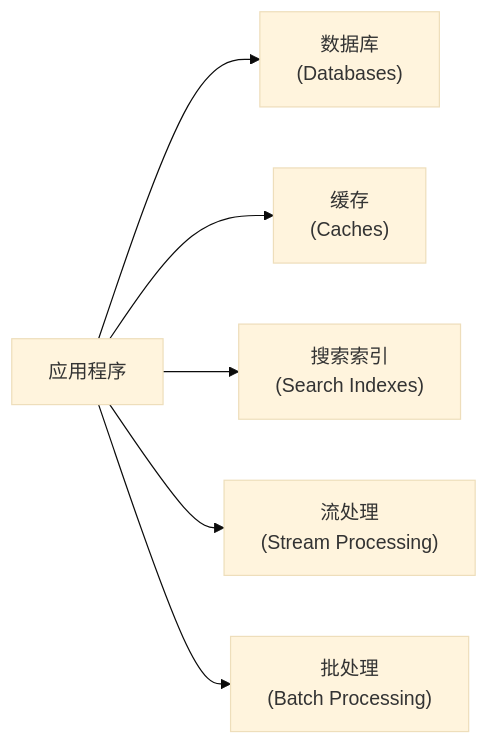
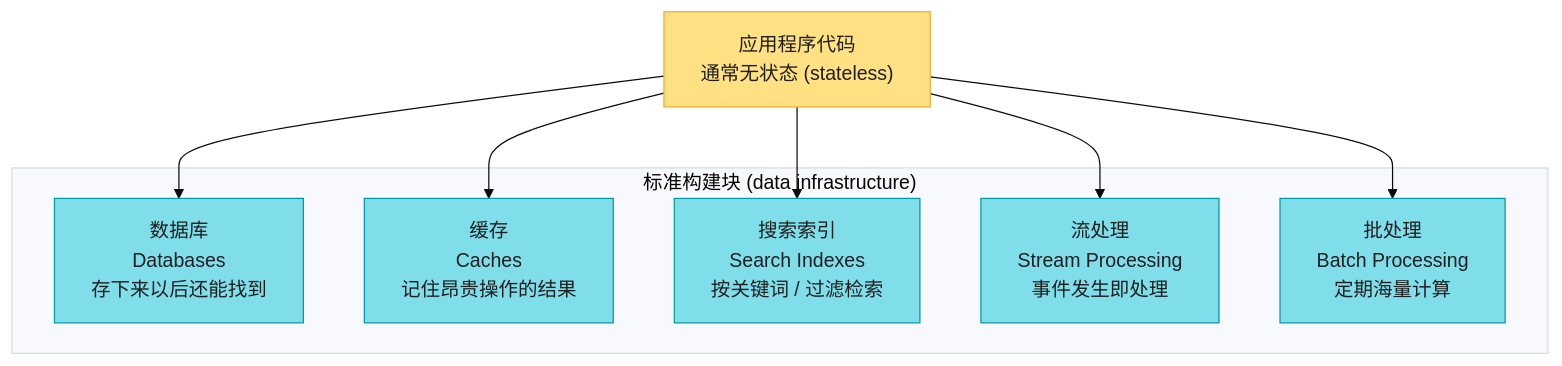
The second of 14 diagrams in ch01-数据系统架构的权衡取舍.md (socoo123/ddia_2nd), drawn with Mermaid (base theme) before and after one commit. The commit also changed other lines of this file and 8 other files, not shown here.

First line of the commit message:
重写 ch01-ch09 读书笔记：风格统一 + 内容扩充 + 大量图表

````diff
--- a/ch01-数据系统架构的权衡取舍.md
+++ b/ch01-数据系统架构的权衡取舍.md
@@ -72,15 +47,25 @@
 ```mermaid
-graph LR
-    APP["应用程序"]
-    DB["数据库<br/>(Databases)"]
-    CACHE["缓存<br/>(Caches)"]
-    IDX["搜索索引<br/>(Search Indexes)"]
-    STREAM["流处理<br/>(Stream Processing)"]
-    BATCH["批处理<br/>(Batch Processing)"]
+flowchart TB
+    APP["应用程序代码<br/>通常无状态 (stateless)"]
+
+    subgraph BLOCKS["标准构建块 (data infrastructure)"]
+        DB["数据库<br/>Databases<br/>存下来以后还能找到"]
+        CACHE["缓存<br/>Caches<br/>记住昂贵操作的结果"]
+        IDX["搜索索引<br/>Search Indexes<br/>按关键词 / 过滤检索"]
+        STREAM["流处理<br/>Stream Processing<br/>事件发生即处理"]
+        BATCH["批处理<br/>Batch Processing<br/>定期海量计算"]
+    end
 
     APP --> DB
     APP --> CACHE
     APP --> IDX
     APP --> STREAM
     APP --> BATCH
+
+    style APP fill:#FFE082,stroke:#F9A825,color:#1f1f1f
+    style DB fill:#80DEEA,stroke:#0097A7,color:#1f1f1f
+    style CACHE fill:#80DEEA,stroke:#0097A7,color:#1f1f1f
+    style IDX fill:#80DEEA,stroke:#0097A7,color:#1f1f1f
+    style STREAM fill:#80DEEA,stroke:#0097A7,color:#1f1f1f
+    style BATCH fill:#80DEEA,stroke:#0097A7,color:#1f1f1f
 ```
````
